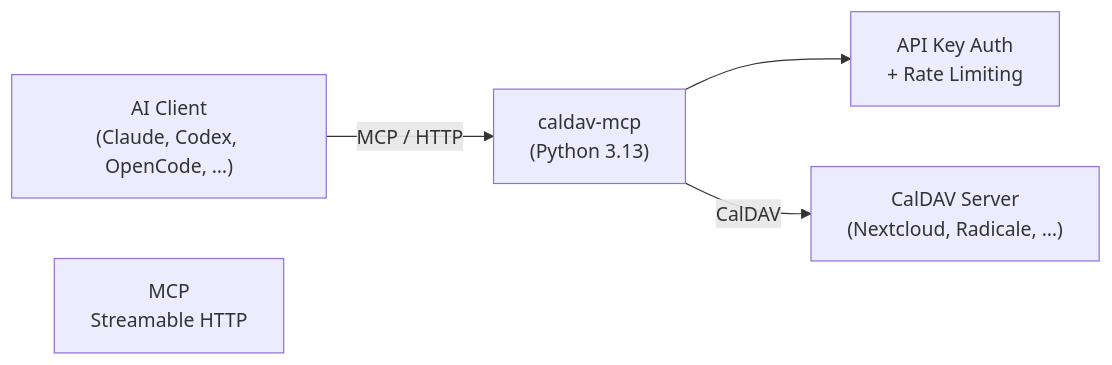
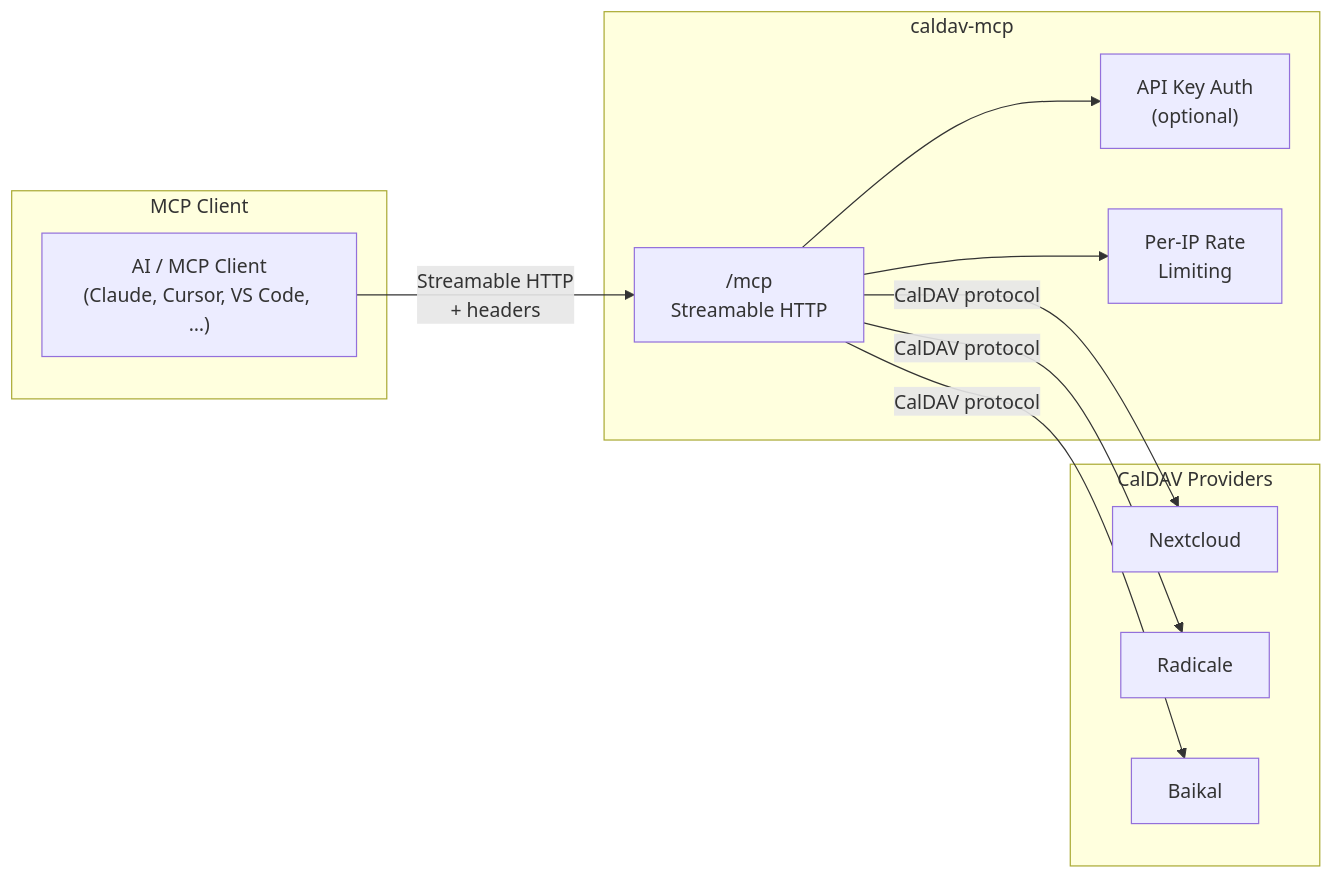
One commit to gelse/caldav-mcp changed the diagram in README.md. Above: the diagram before and after it, drawn with Mermaid. The commit also changed other lines of this file, not shown here.

````diff
--- a/README.md
+++ b/README.md
@@ -176,12 +44,25 @@
 ```mermaid
 flowchart LR
-    Client["AI Client\n(Claude, Codex, OpenCode, …)"]
-    MCP["MCP\nStreamable HTTP"]
-    Server["caldav-mcp\n(Python 3.13)"]
-    Auth["API Key Auth\n+ Rate Limiting"]
-    CalDAV["CalDAV Server\n(Nextcloud, Radicale, …)"]
+    subgraph "MCP Client"
+        AI["AI / MCP Client\n(Claude, Cursor, VS Code, …)"]
+    end
 
-    Client -- "MCP / HTTP" --> Server
-    Server --> Auth
-    Server -- "CalDAV" --> CalDAV
+    subgraph "caldav-mcp"
+        EP["/mcp\nStreamable HTTP"]
+        AK["API Key Auth\n(optional)"]
+        RL["Per-IP Rate\nLimiting"]
+    end
+
+    subgraph "CalDAV Providers"
+        N["Nextcloud"]
+        R["Radicale"]
+        B["Baikal"]
+    end
+
+    AI -- "Streamable HTTP\n+ headers" --> EP
+    EP --> AK
+    EP --> RL
+    EP -- "CalDAV protocol" --> N
+    EP -- "CalDAV protocol" --> R
+    EP -- "CalDAV protocol" --> B
 ```
````
